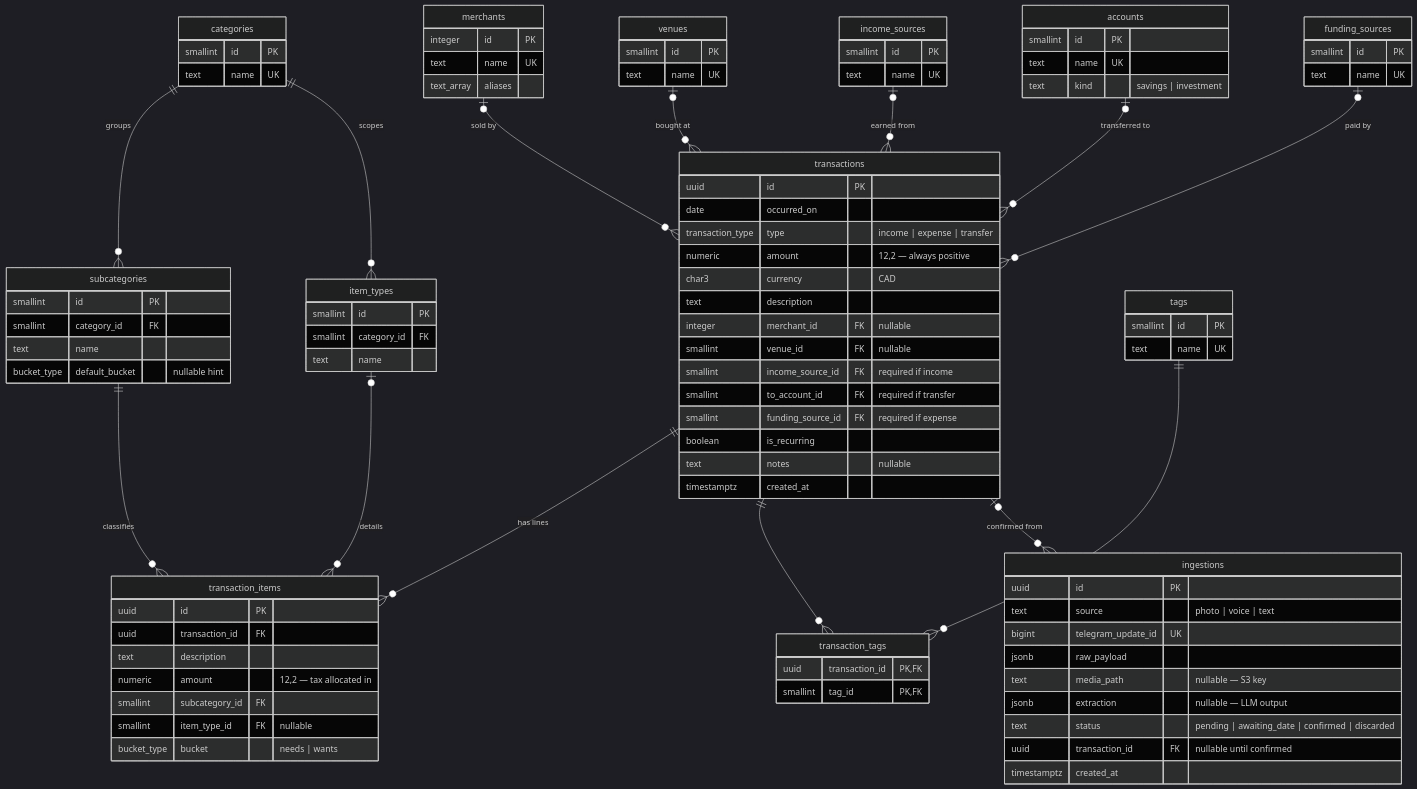
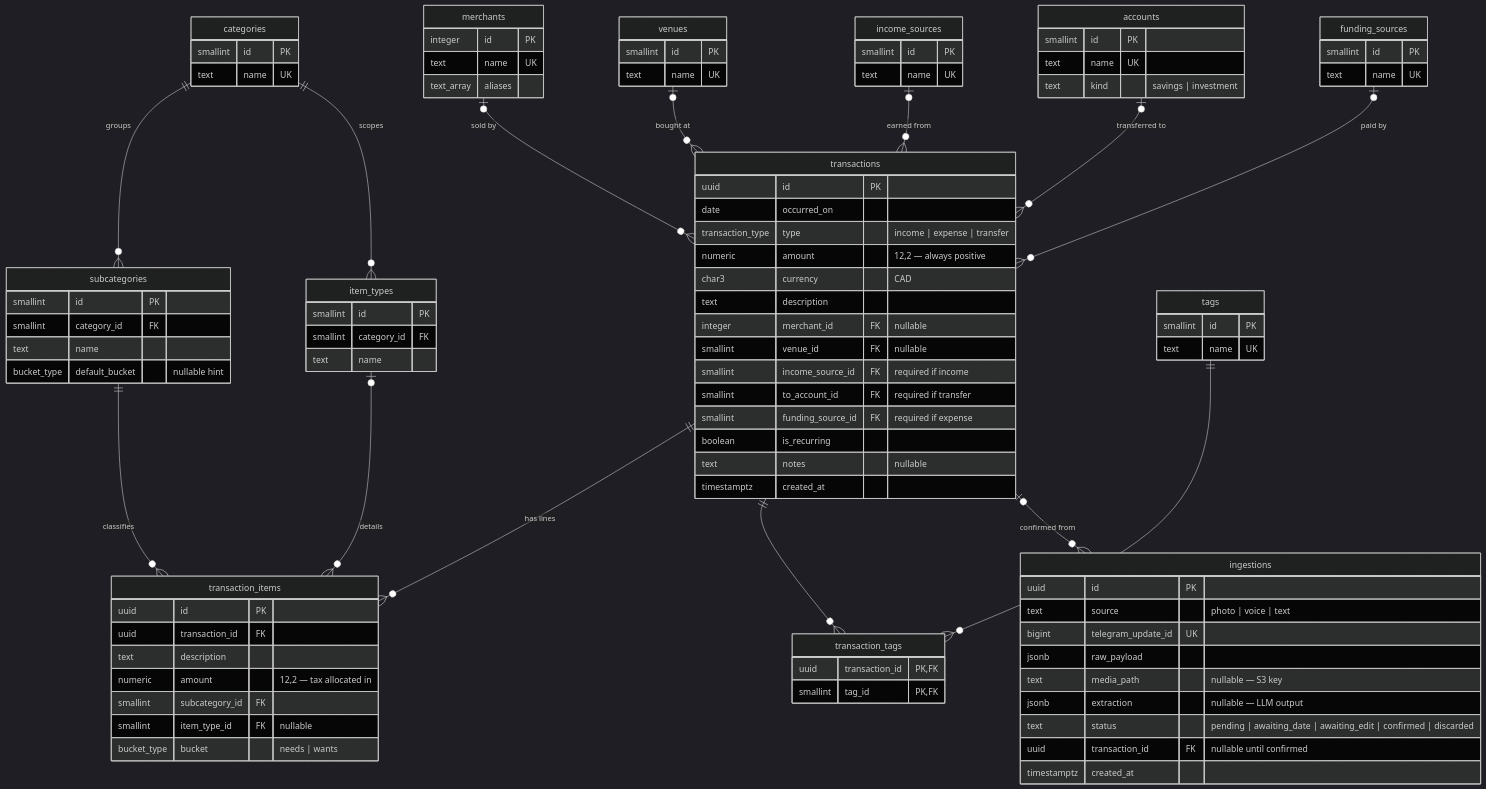
One commit to rafachan3/finflow changed the diagram in docs/DATA_MODEL.md. Above: the diagram before and after it, drawn with Mermaid (dark theme). The commit also changed other lines of this file and 12 other files, not shown here.

```diff
--- a/docs/DATA_MODEL.md
+++ b/docs/DATA_MODEL.md
@@ -81,7 +81,7 @@
     jsonb raw_payload
     text media_path "nullable — S3 key"
     jsonb extraction "nullable — LLM output"
-    text status "pending | awaiting_date | confirmed | discarded"
+    text status "pending | awaiting_date | awaiting_edit | confirmed | discarded"
     uuid transaction_id FK "nullable until confirmed"
     timestamptz created_at
   }
```
